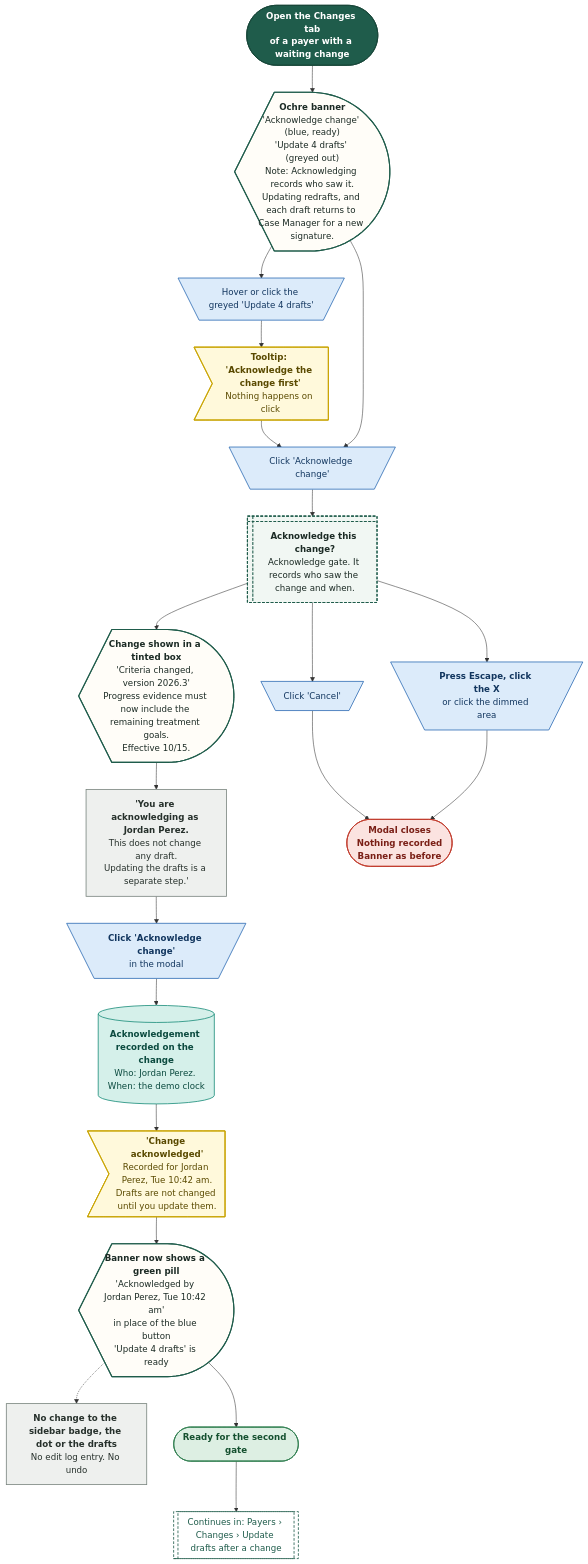
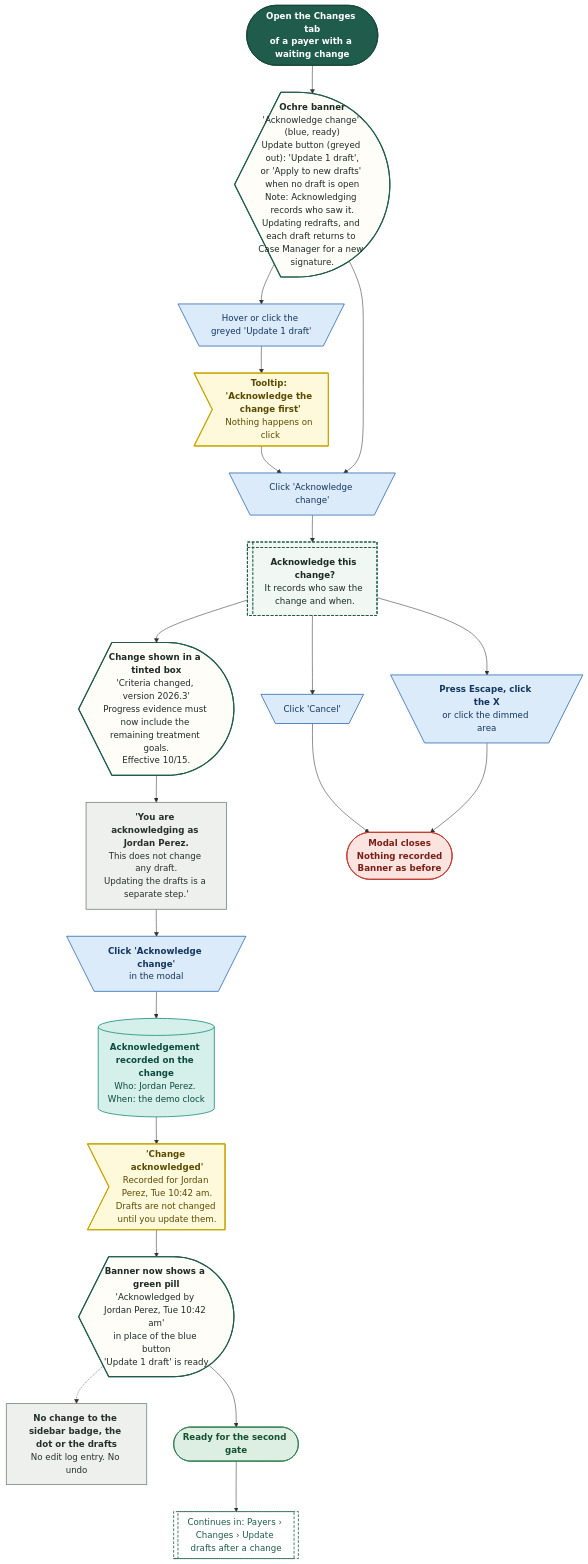
The diagram in demos/prior-auth-demo/workflows/out/mmd/10-payers/64-payers-acknowledge-change.mmd (Shrav143/psyfloapp), drawn with Mermaid before and after one commit. The commit also changed 195 other files, not shown here.

First line of the commit message:
docs: Rebuild workflow diagrams after the demo fixes (220 diagrams)

```diff
--- a/demos/prior-auth-demo/workflows/out/mmd/10-payers/64-payers-acknowledge-change.mmd
+++ b/demos/prior-auth-demo/workflows/out/mmd/10-payers/64-payers-acknowledge-change.mmd
@@ -1,53 +1,53 @@
 %%{init: {"theme":"base","themeVariables":{"fontFamily":"'DM Sans', 'Segoe UI', system-ui, sans-serif","fontSize":"15px","lineColor":"#5B6B63","primaryTextColor":"#1C2B25","clusterBkg":"#FBF8F3","clusterBorder":"#D9CDBB","edgeLabelBackground":"#FFFFFF"},"flowchart":{"curve":"basis","nodeSpacing":36,"rankSpacing":48,"padding":12,"htmlLabels":true,"useMaxWidth":false,"wrappingWidth":230}} }%%
 flowchart TD
   classDef k_start fill:#1F5C4B,stroke:#174638,color:#FFFFFF,stroke-width:1.5px,font-weight:600
   classDef k_end fill:#DDEFE3,stroke:#2E7D4F,color:#14502F,stroke-width:1.5px,font-weight:600
   classDef k_endx fill:#FBE3E0,stroke:#C0392B,color:#7A1F16,stroke-width:1.5px,font-weight:600
   classDef k_screen fill:#FFFDF8,stroke:#1F5C4B,color:#1C2B25,stroke-width:2px
   classDef k_overlay fill:#F1F7F3,stroke:#1F5C4B,color:#1C2B25,stroke-width:2px,stroke-dasharray:5 3
   classDef k_click fill:#DCEBFA,stroke:#2F6DB5,color:#12365F,stroke-width:1.5px
   classDef k_input fill:#E4E7FF,stroke:#4C5FD5,color:#1D2670,stroke-width:1.5px
   classDef k_process fill:#EEF0EE,stroke:#7A857F,color:#26302B,stroke-width:1.5px
   classDef k_agent fill:#EEE5FA,stroke:#7A4FC2,color:#341A63,stroke-width:1.5px
   classDef k_decision fill:#FFF0CC,stroke:#D9962B,color:#5C3B00,stroke-width:1.5px
   classDef k_store fill:#D5F0EA,stroke:#1C8E7B,color:#0B4A3F,stroke-width:1.5px
   classDef k_doc fill:#F6E9DC,stroke:#B07A4C,color:#4A2E14,stroke-width:1.5px
   classDef k_ext fill:#FFE6D2,stroke:#E07B39,color:#6B2F06,stroke-width:1.5px
   classDef k_wait fill:#E4E8EE,stroke:#6B7C93,color:#26303D,stroke-width:1.5px
   classDef k_toast fill:#FFF9DB,stroke:#C9A400,color:#5A4A00,stroke-width:1.5px
   classDef k_goto fill:#FFFFFF,stroke:#1F5C4B,color:#1F5C4B,stroke-width:1.5px,stroke-dasharray:5 3
   s1@{ shape: stadium, label: "<b>Open the Changes tab</b><br/>of a payer with a waiting change" }
-  bn@{ shape: curv-trap, label: "<b>Ochre banner</b><br/>'Acknowledge change' (blue, ready)<br/>'Update 4 drafts' (greyed out)<br/>Note: Acknowledging records who saw it.<br/>Updating redrafts, and each draft returns to Case Manager for a new signature." }
-  hv@{ shape: trap-t, label: "Hover or click the greyed 'Update 4 drafts'" }
+  bn@{ shape: curv-trap, label: "<b>Ochre banner</b><br/>'Acknowledge change' (blue, ready)<br/>Update button (greyed out): 'Update 1 draft',<br/>or 'Apply to new drafts' when no draft is open<br/>Note: Acknowledging records who saw it.<br/>Updating redrafts, and each draft returns to Case Manager for a new signature." }
+  hv@{ shape: trap-t, label: "Hover or click the greyed 'Update 1 draft'" }
   tip@{ shape: odd, label: "<b>Tooltip: 'Acknowledge the change first'</b><br/>Nothing happens on click" }
   ca@{ shape: trap-t, label: "Click 'Acknowledge change'" }
-  m@{ shape: win-pane, label: "<b>Acknowledge this change?</b><br/>Acknowledge gate. It records who saw the change and when." }
+  m@{ shape: win-pane, label: "<b>Acknowledge this change?</b><br/>It records who saw the change and when." }
   bd@{ shape: curv-trap, label: "<b>Change shown in a tinted box</b><br/>'Criteria changed, version 2026.3'<br/>Progress evidence must now include the remaining treatment goals.<br/>Effective 10/15." }
   who@{ shape: rect, label: "<b>'You are acknowledging as Jordan Perez.</b><br/>This does not change any draft.<br/>Updating the drafts is a separate step.'" }
   ok@{ shape: trap-t, label: "<b>Click 'Acknowledge change'</b><br/>in the modal" }
   st@{ shape: cyl, label: "<b>Acknowledgement recorded on the change</b><br/>Who: Jordan Perez. When: the demo clock" }
   t1@{ shape: odd, label: "<b>'Change acknowledged'</b><br/>Recorded for Jordan Perez, Tue 10:42 am.<br/>Drafts are not changed until you update them." }
-  bn2@{ shape: curv-trap, label: "<b>Banner now shows a green pill</b><br/>'Acknowledged by Jordan Perez, Tue 10:42 am'<br/>in place of the blue button<br/>'Update 4 drafts' is ready" }
+  bn2@{ shape: curv-trap, label: "<b>Banner now shows a green pill</b><br/>'Acknowledged by Jordan Perez, Tue 10:42 am'<br/>in place of the blue button<br/>'Update 1 draft' is ready" }
   nb@{ shape: rect, label: "<b>No change to the sidebar badge, the dot or the drafts</b><br/>No edit log entry. No undo" }
   cx@{ shape: trap-t, label: "Click 'Cancel'" }
   cesc@{ shape: trap-t, label: "<b>Press Escape, click the X</b><br/>or click the dimmed area" }
   x1@{ shape: stadium, label: "<b>Modal closes</b><br/>Nothing recorded<br/>Banner as before" }
   e1@{ shape: stadium, label: "Ready for the second gate" }
   g1@{ shape: subproc, label: "Continues in: Payers › Changes › Update drafts after a change" }
   s1 --> bn
   bn --> hv --> tip --> ca
   bn --> ca --> m --> bd --> who --> ok --> st --> t1 --> bn2 --> e1
   bn2 -.-> nb
   e1 --> g1
   m --> cx --> x1
   m --> cesc --> x1
   class s1 k_start
   class bn,bd,bn2 k_screen
   class hv,ca,ok,cx,cesc k_click
   class tip,t1 k_toast
   class m k_overlay
   class who,nb k_process
   class st k_store
   class x1 k_endx
   class e1 k_end
   class g1 k_goto
```
